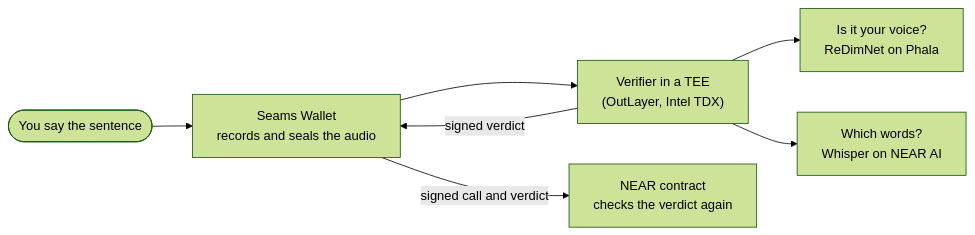
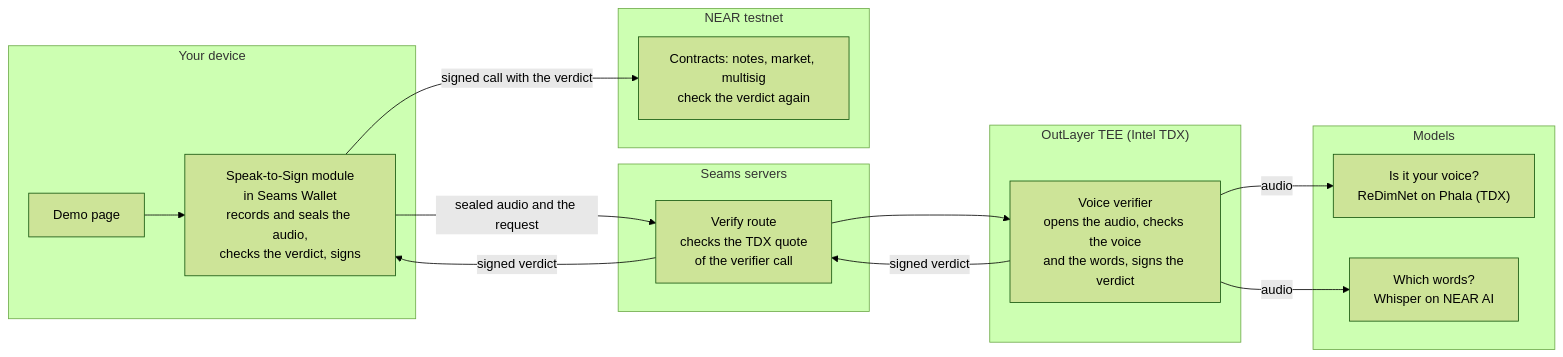
Before and after one commit to seams-tech/speak-to-sign: the first of 2 diagrams in README.md, drawn with Mermaid (forest theme). The commit also changed other lines of this file, not shown here.

First line of the commit message:
README: an architecture diagram of the parts and a sequence diagram of one approval

````diff
--- a/README.md
+++ b/README.md
@@ -74,9 +79,33 @@
 ```mermaid
 flowchart LR
-  You(["You say the sentence"]) --> Wallet["Seams Wallet<br/>records and seals the audio"]
-  Wallet --> Verifier["Verifier in a TEE<br/>(OutLayer, Intel TDX)"]
-  Verifier --> Speaker["Is it your voice?<br/>ReDimNet on Phala"]
-  Verifier --> Words["Which words?<br/>Whisper on NEAR AI"]
-  Verifier -- "signed verdict" --> Wallet
-  Wallet -- "signed call and verdict" --> Contract["NEAR contract<br/>checks the verdict again"]
+  subgraph Device["Your device"]
+    Page["Demo page"]
+    Wallet["Speak-to-Sign module<br/>in Seams Wallet<br/>records and seals the audio,<br/>checks the verdict, signs"]
+  end
+
+  subgraph Seams["Seams servers"]
+    Route["Verify route<br/>checks the TDX quote<br/>of the verifier call"]
+  end
+
+  subgraph OutLayer["OutLayer TEE (Intel TDX)"]
+    Verifier["Voice verifier<br/>opens the audio, checks the voice<br/>and the words, signs the verdict"]
+  end
+
+  subgraph Models["Models"]
+    Speaker["Is it your voice?<br/>ReDimNet on Phala (TDX)"]
+    Whisper["Which words?<br/>Whisper on NEAR AI"]
+  end
+
+  subgraph Chain["NEAR testnet"]
+    Contracts["Contracts: notes, market, multisig<br/>check the verdict again"]
+  end
+
+  Page --> Wallet
+  Wallet -->|"sealed audio and the request"| Route
+  Route --> Verifier
+  Verifier -->|"audio"| Speaker
+  Verifier -->|"audio"| Whisper
+  Verifier -->|"signed verdict"| Route
+  Route -->|"signed verdict"| Wallet
+  Wallet -->|"signed call with the verdict"| Contracts
 ```
````
